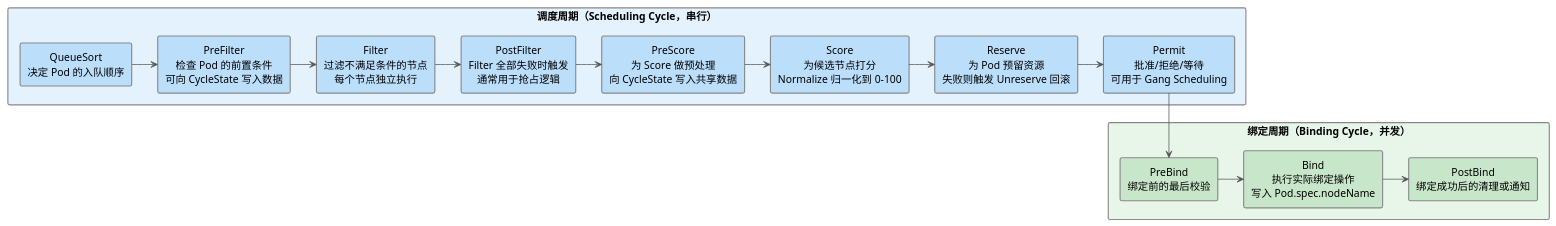
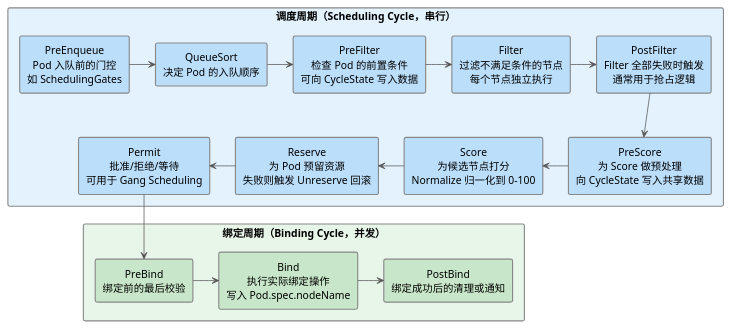
One commit to togettoyou/kubernetes-src-notes changed the second of 2 diagrams in content/extensions/scheduler-extension.md. Above: the diagram before and after it, drawn with PlantUML. The commit also changed other lines of this file, not shown here.

Commit message:
0412更新

````diff
--- a/content/extensions/scheduler-extension.md
+++ b/content/extensions/scheduler-extension.md
@@ -249,37 +249,45 @@
 ```plantuml
 @startuml
 !theme plain
 skinparam defaultTextAlignment center
 skinparam rectangleBorderColor #888888
 skinparam rectangleBorderThickness 1.5
 skinparam arrowColor #555555
 
 rectangle "调度周期（Scheduling Cycle，串行）" as sc #E3F2FD {
+  rectangle "PreEnqueue\nPod 入队前的门控\n如 SchedulingGates" as pe #BBDEFB
   rectangle "QueueSort\n决定 Pod 的入队顺序" as qs #BBDEFB
   rectangle "PreFilter\n检查 Pod 的前置条件\n可向 CycleState 写入数据" as pf #BBDEFB
   rectangle "Filter\n过滤不满足条件的节点\n每个节点独立执行" as f #BBDEFB
   rectangle "PostFilter\nFilter 全部失败时触发\n通常用于抢占逻辑" as pof #BBDEFB
+
   rectangle "PreScore\n为 Score 做预处理\n向 CycleState 写入共享数据" as ps #BBDEFB
   rectangle "Score\n为候选节点打分\nNormalize 归一化到 0-100" as s #BBDEFB
   rectangle "Reserve\n为 Pod 预留资源\n失败则触发 Unreserve 回滚" as r #BBDEFB
   rectangle "Permit\n批准/拒绝/等待\n可用于 Gang Scheduling" as p #BBDEFB
+
+  ' 第一行从左到右（5 个）
+  pe -right-> qs
+  qs -right-> pf
+  pf -right-> f
+  f -right-> pof
+
+  ' 右侧折下，第二行从右到左（4 个）
+  pof -down-> ps
+  ps -left-> s
+  s -left-> r
+  r -left-> p
 }
 
 rectangle "绑定周期（Binding Cycle，并发）" as bc #E8F5E9 {
   rectangle "PreBind\n绑定前的最后校验" as pb #C8E6C9
   rectangle "Bind\n执行实际绑定操作\n写入 Pod.spec.nodeName" as b #C8E6C9
   rectangle "PostBind\n绑定成功后的清理或通知" as pob #C8E6C9
+
+  pb -right-> b
+  b -right-> pob
 }
 
-qs -right-> pf
-pf -right-> f
-f -right-> pof
-pof -right-> ps
-ps -right-> s
-s -right-> r
-r -right-> p
 p -down-> pb
-pb -right-> b
-b -right-> pob
 @enduml
 ```
````
